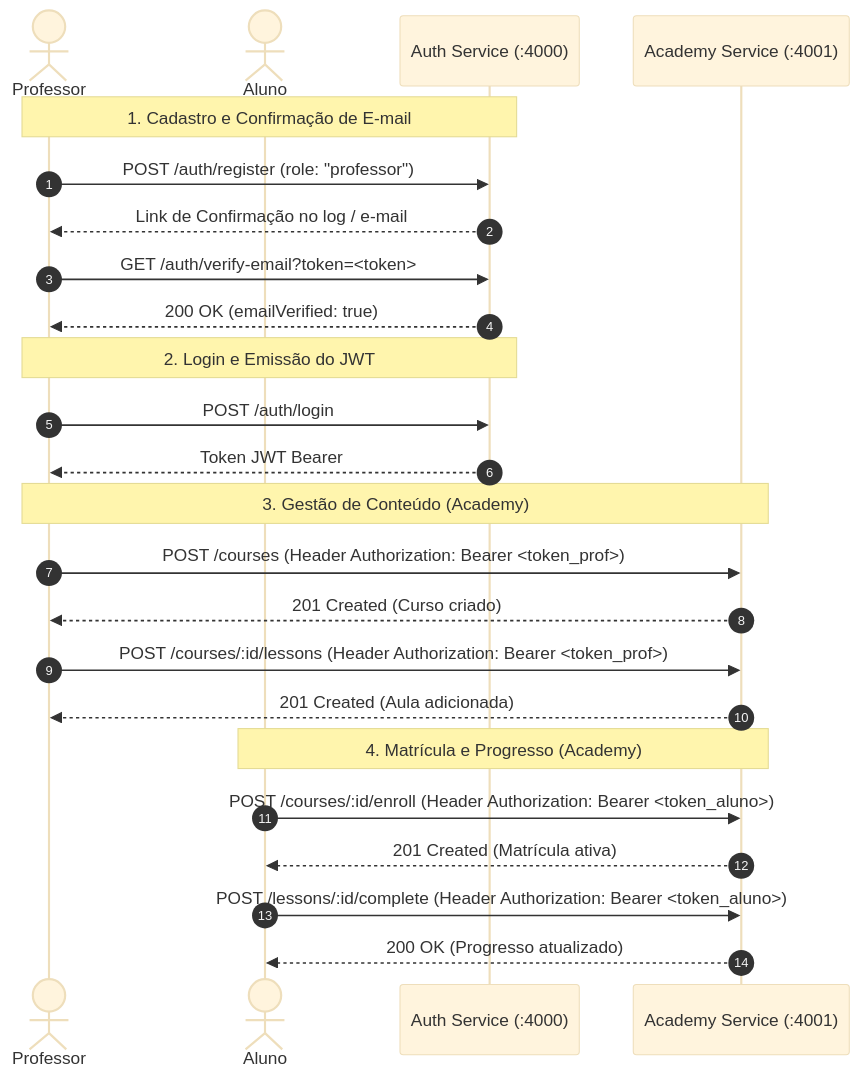
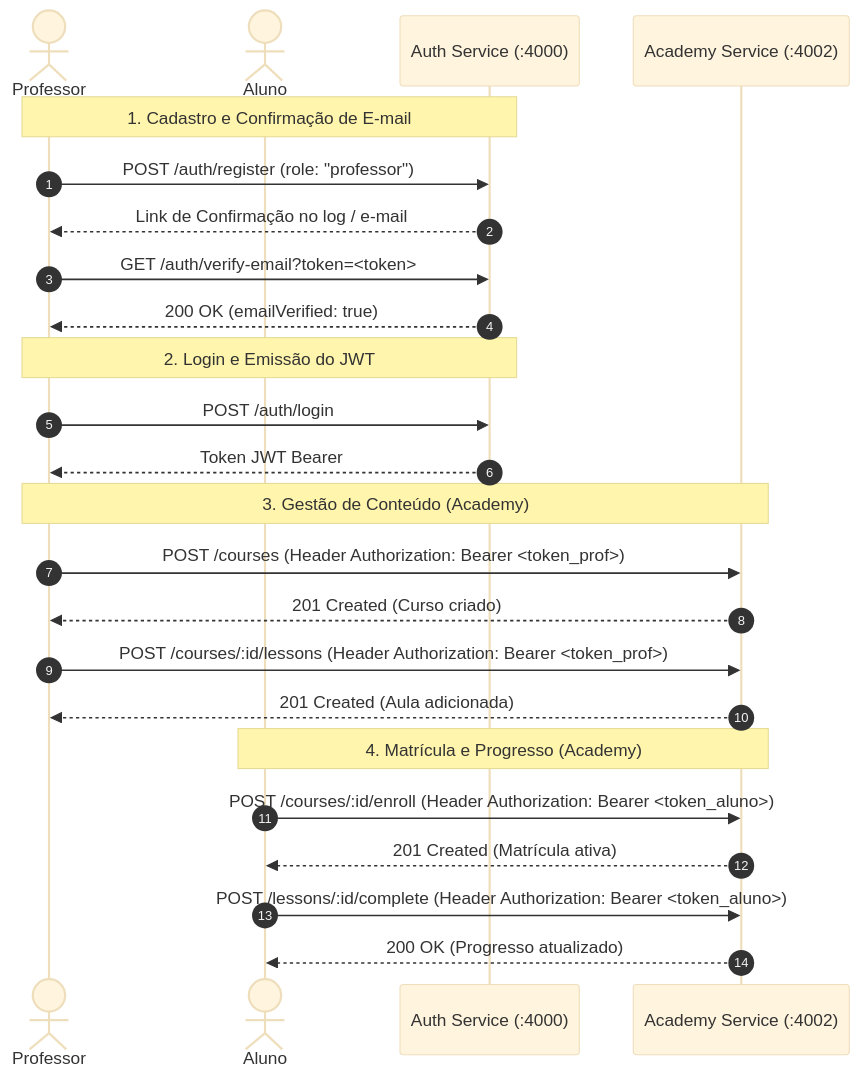
The diagram in E2E_GUIDE.md (rodolfoneto-dev/auth), drawn with Mermaid (base theme) before and after one commit. The commit also changed other lines of this file and 1 other file, not shown here.

````diff
--- a/E2E_GUIDE.md
+++ b/E2E_GUIDE.md
@@ -9,30 +9,30 @@
 ```mermaid
 sequenceDiagram
     autonumber
     actor Prof as Professor
     actor Aluno as Aluno
     participant Auth as Auth Service (:4000)
-    participant Academy as Academy Service (:4001)
+    participant Academy as Academy Service (:4002)
 
     Note over Prof,Auth: 1. Cadastro e Confirmação de E-mail
     Prof->>Auth: POST /auth/register (role: "professor")
     Auth-->>Prof: Link de Confirmação no log / e-mail
     Prof->>Auth: GET /auth/verify-email?token=<token>
     Auth-->>Prof: 200 OK (emailVerified: true)
 
     Note over Prof,Auth: 2. Login e Emissão do JWT
     Prof->>Auth: POST /auth/login
     Auth-->>Prof: Token JWT Bearer
 
     Note over Prof,Academy: 3. Gestão de Conteúdo (Academy)
     Prof->>Academy: POST /courses (Header Authorization: Bearer <token_prof>)
     Academy-->>Prof: 201 Created (Curso criado)
     Prof->>Academy: POST /courses/:id/lessons (Header Authorization: Bearer <token_prof>)
     Academy-->>Prof: 201 Created (Aula adicionada)
 
     Note over Aluno,Academy: 4. Matrícula e Progresso (Academy)
     Aluno->>Academy: POST /courses/:id/enroll (Header Authorization: Bearer <token_aluno>)
     Academy-->>Aluno: 201 Created (Matrícula ativa)
     Aluno->>Academy: POST /lessons/:id/complete (Header Authorization: Bearer <token_aluno>)
     Academy-->>Aluno: 200 OK (Progresso atualizado)
 ```
````
